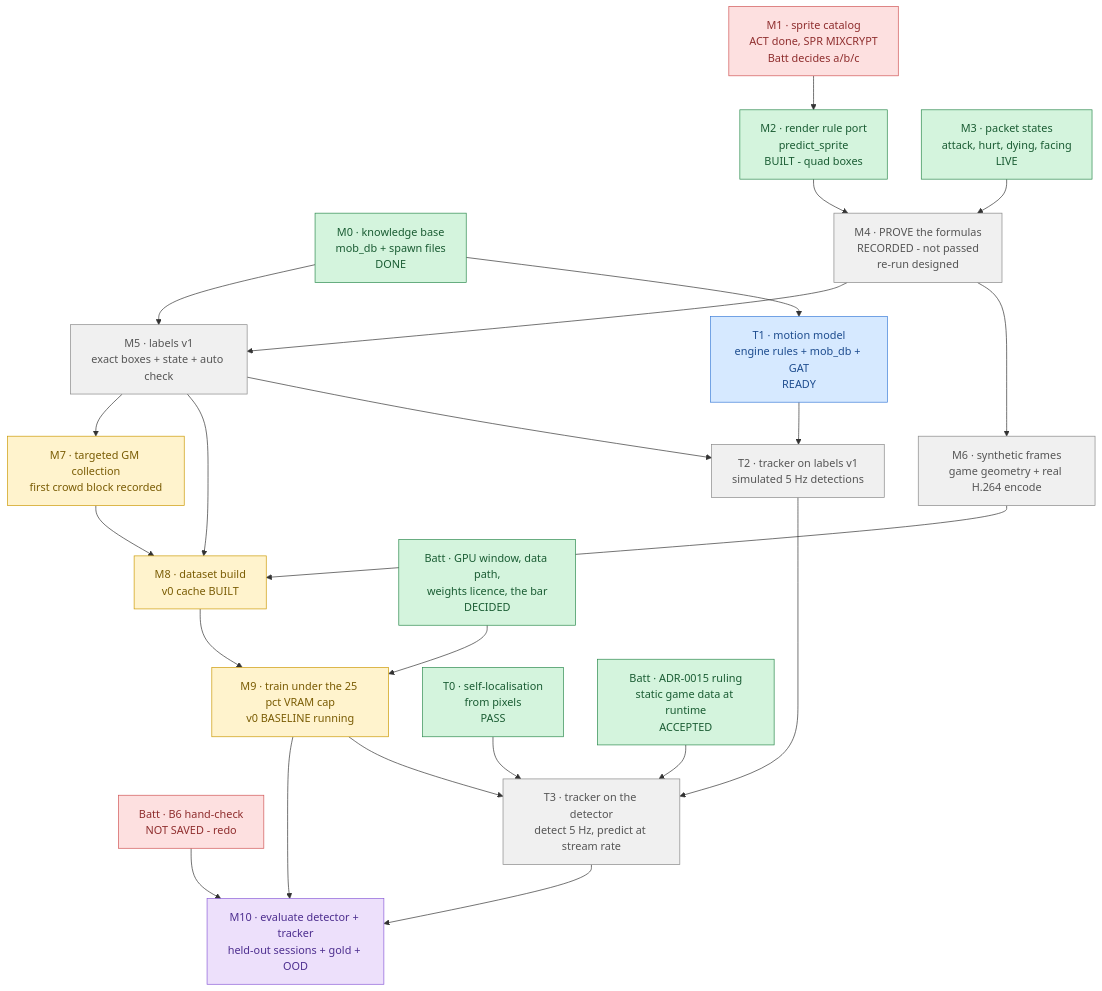
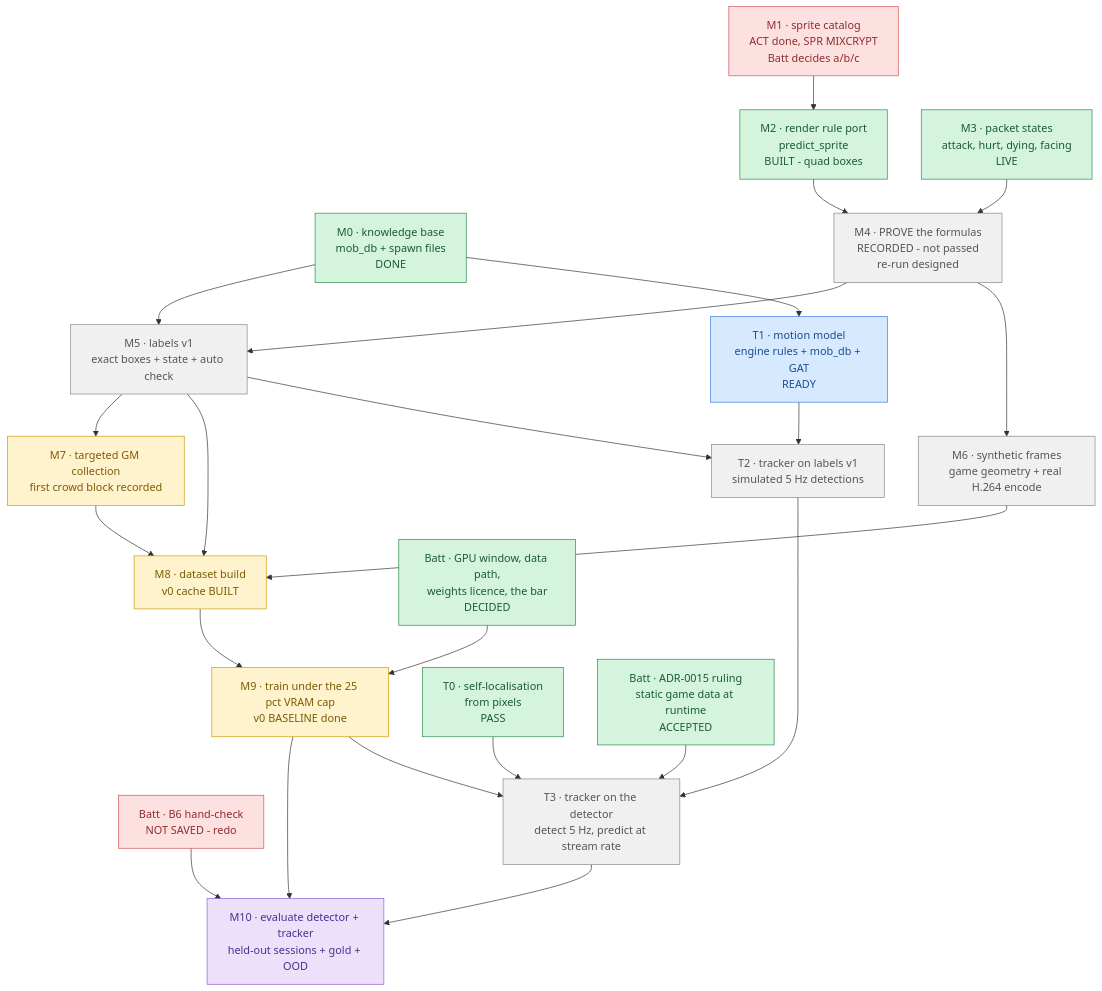
Before and after one commit to lumduan/poring-lab: the diagram in docs/phase3-plan.md, drawn with Mermaid. The commit also changed other lines of this file, not shown here.

Commit message:
docs(phase3): the v0 BASELINE training is done -- val 0.818 mAP50; held-out 0.525-0.776
Claude-Session: https://claude.ai/code/session_01HhaSQEF7ksdHyxgmJatUxT

````diff
--- a/docs/phase3-plan.md
+++ b/docs/phase3-plan.md
@@ -63,40 +63,40 @@
 ```mermaid
 flowchart TD
     M0["M0 · knowledge base<br/>mob_db + spawn files<br/>DONE"] --> M5
     M1["M1 · sprite catalog<br/>ACT done, SPR MIXCRYPT<br/>Batt decides a/b/c"] --> M2
     M2["M2 · render rule port<br/>predict_sprite<br/>BUILT - quad boxes"] --> M4
     M3["M3 · packet states<br/>attack, hurt, dying, facing<br/>LIVE"] --> M4
     M4["M4 · PROVE the formulas<br/>RECORDED - not passed<br/>re-run designed"] --> M5
     M4 --> M6
     M5["M5 · labels v1<br/>exact boxes + state + auto check"] --> M7
     M5 --> M8
     M6["M6 · synthetic frames<br/>game geometry + real H.264 encode"] --> M8
     M7["M7 · targeted GM collection<br/>first crowd block recorded"] --> M8
     M8["M8 · dataset build<br/>v0 cache BUILT"] --> M9
     D1["Batt · GPU window, data path,<br/>weights licence, the bar<br/>DECIDED"] --> M9
-    M9["M9 · train under the 25 pct VRAM cap<br/>v0 BASELINE running"] --> M10
+    M9["M9 · train under the 25 pct VRAM cap<br/>v0 BASELINE done"] --> M10
     G["Batt · B6 hand-check<br/>NOT SAVED - redo"] --> M10
     M10["M10 · evaluate detector + tracker<br/>held-out sessions + gold + OOD"]
     M0 --> T1
     T1["T1 · motion model<br/>engine rules + mob_db + GAT<br/>READY"] --> T2
     M5 --> T2
     T2["T2 · tracker on labels v1<br/>simulated 5 Hz detections"] --> T3
     T0["T0 · self-localisation<br/>from pixels<br/>PASS"] --> T3
     M9 --> T3
     R["Batt · ADR-0015 ruling<br/>static game data at runtime<br/>ACCEPTED"] --> T3
     T3["T3 · tracker on the detector<br/>detect 5 Hz, predict at stream rate"] --> M10
 
     classDef done     fill:#d4f4dd,stroke:#2d8a4e,color:#1a5c33
     classDef active   fill:#fff3cd,stroke:#cc9a06,color:#7a5c04
     classDef ready    fill:#d6e9ff,stroke:#3b7dd8,color:#1e4d8f
     classDef blocked  fill:#f0f0f0,stroke:#888,color:#555
     classDef decision fill:#fde0e0,stroke:#d05555,color:#8f2e2e
     classDef goal     fill:#ede0fb,stroke:#8a5cd8,color:#4d2e8f
 
     class M0,M2,M3,T0,D1,R done
     class M7,M8,M9 active
     class T1 ready
     class M4,M5,M6,T2,T3 blocked
     class M1,G decision
     class M10 goal
 ```
````
